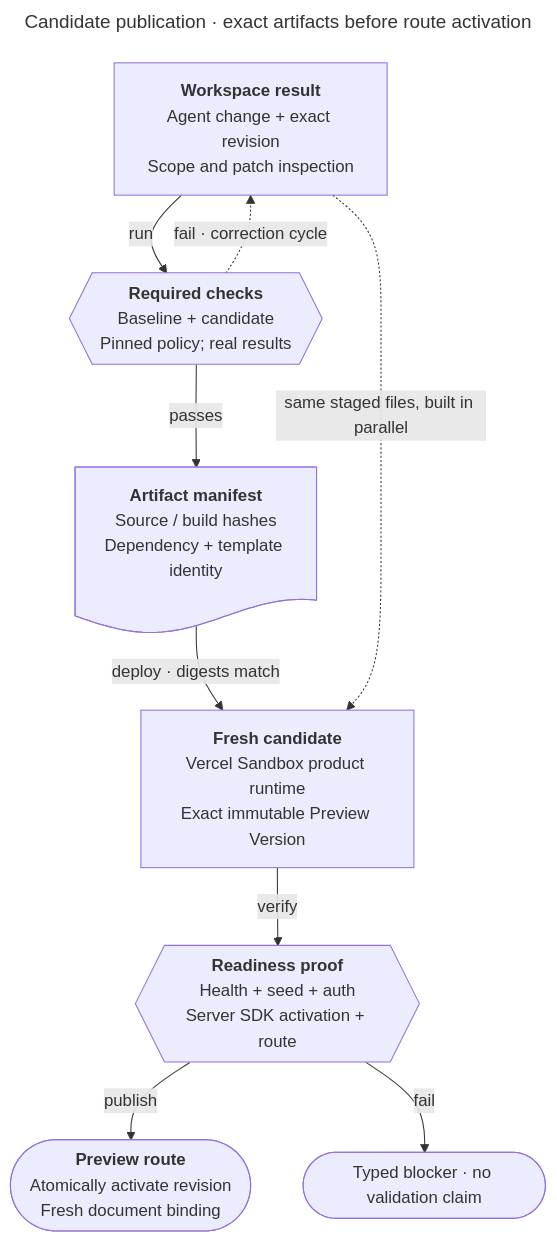
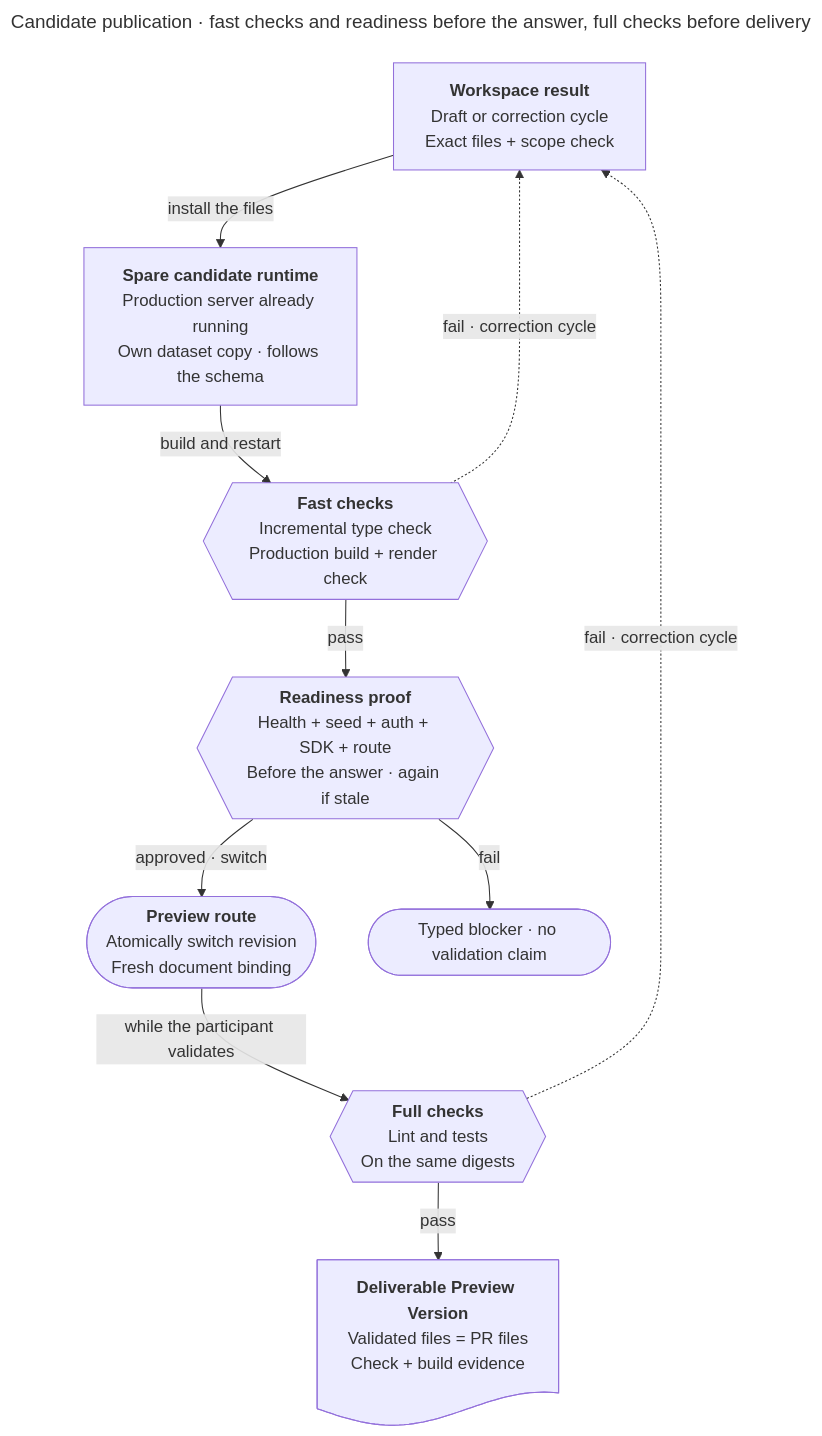
The diagram in docs/diagrams/pele/preview-build.mmd (rithm84/userTrace), drawn with Mermaid before and after one commit. The commit also changed 92 other files, not shown here.

```diff
--- a/docs/diagrams/pele/preview-build.mmd
+++ b/docs/diagrams/pele/preview-build.mmd
@@ -1,31 +1,35 @@
 ---
-title: Candidate publication · exact artifacts before route activation
+title: Candidate publication · fast checks and readiness before the answer, full checks before delivery
 ---
 flowchart TB
   result["`**Workspace result**
-  Agent change + exact revision
-  Scope and patch inspection`"]:::runtime
-  checks{{"`**Required checks**
-  Baseline + candidate
-  Pinned policy; real results`"}}:::gate
-  manifest@{ shape: doc, label: "**Artifact manifest**<br/>Source / build hashes<br/>Dependency + template identity" }
-  candidate["`**Fresh candidate**
-  Vercel Sandbox product runtime
-  Exact immutable Preview Version`"]:::observation
+  Draft or correction cycle
+  Exact files + scope check`"]:::runtime
+  spare["`**Spare candidate runtime**
+  Production server already running
+  Own dataset copy · follows the schema`"]:::observation
+  fast{{"`**Fast checks**
+  Incremental type check
+  Production build + render check`"}}:::gate
   readiness{{"`**Readiness proof**
-  Health + seed + auth
-  Server SDK activation + route`"}}:::gate
+  Health + seed + auth + SDK + route
+  Before the answer · again if stale`"}}:::gate
   route(["`**Preview route**
-  Atomically activate revision
+  Atomically switch revision
   Fresh document binding`"]):::people
+  full{{"`**Full checks**
+  Lint and tests
+  On the same digests`"}}:::gate
+  deliverable@{ shape: doc, label: "**Deliverable Preview Version**<br/>Validated files = PR files<br/>Check + build evidence" }
   blocker([Typed blocker · no validation claim]):::external
 
-  result -->|run| checks
-  checks -->|passes| manifest
-  manifest -->|deploy · digests match| candidate
-  candidate -->|verify| readiness
-  readiness -->|publish| route
-  result async_1@-.->|same staged files, built in parallel| candidate
-  checks async_2@-.->|fail · correction cycle| result
+  result -->|install the files| spare
+  spare -->|build and restart| fast
+  fast -->|pass| readiness
+  readiness -->|approved · switch| route
+  route -->|while the participant validates| full
+  full -->|pass| deliverable
+  fast async_1@-.->|fail · correction cycle| result
+  full async_2@-.->|fail · correction cycle| result
   readiness blocked_1@-->|fail| blocker
-  class manifest outcome
+  class deliverable outcome
```
